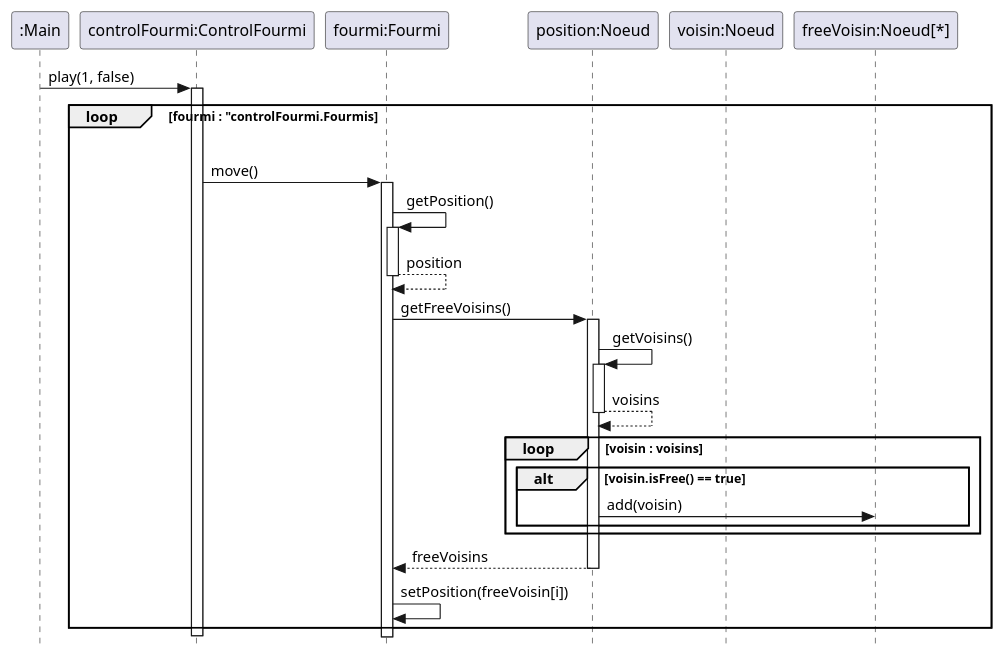
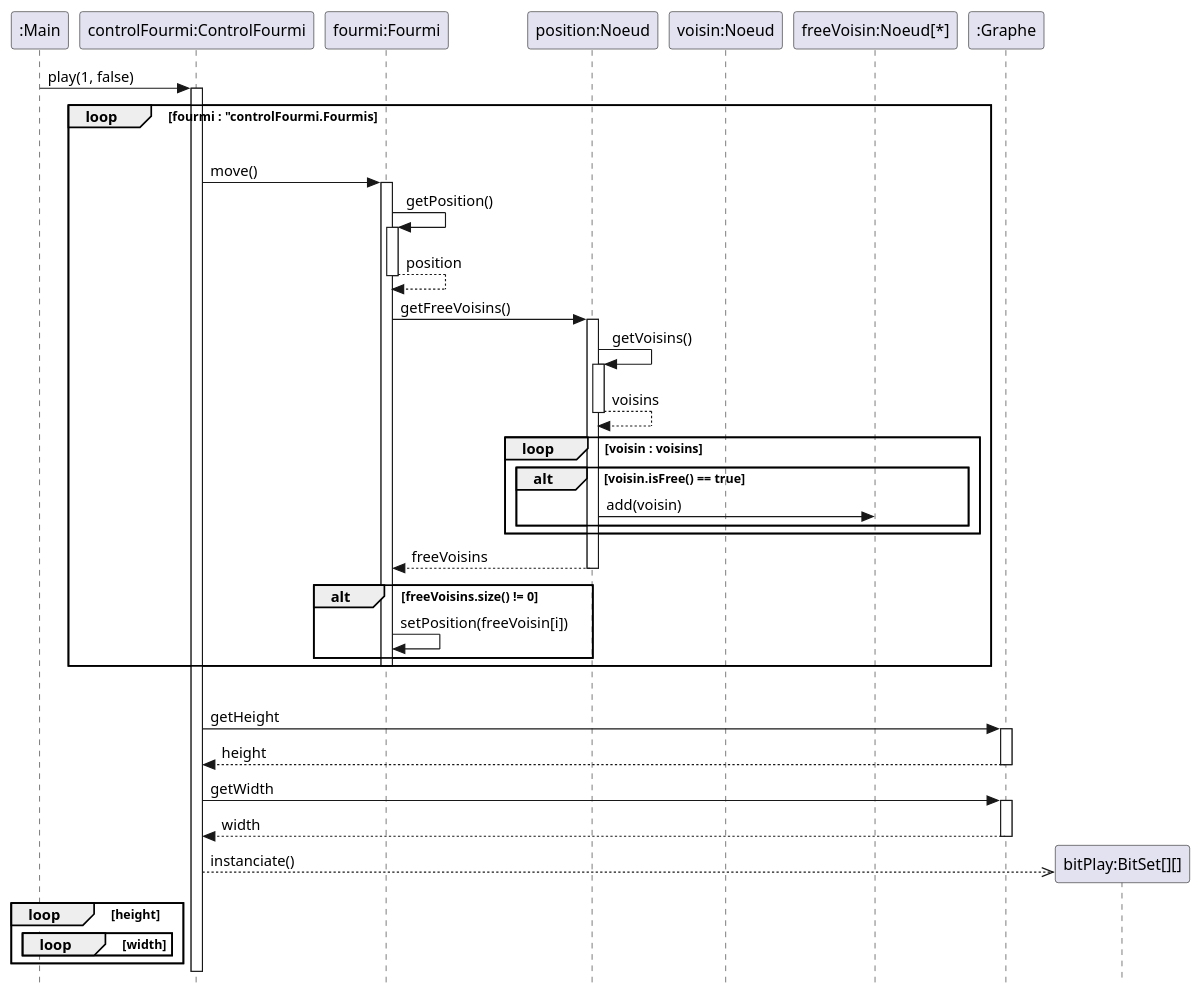
Before and after one commit to ErenMustafaGit/ColonieFourmis: the diagram in src/main/uml/Fourmis_DS.puml, drawn with PlantUML. The commit also changed 3 other files, not shown here.

Commit message:
Changement mineur et diagramme de séquence

```diff
--- a/src/main/uml/Fourmis_DS.puml
+++ b/src/main/uml/Fourmis_DS.puml
@@ -1,40 +1,57 @@
 @startuml
 'https://plantuml.com/sequence-diagram
 skinparam style strictuml
 'autonumber
 hide footbox
 
 'title Méthode jouer()
 participant ":Main" as main
 participant "controlFourmi:ControlFourmi" as controlFourmi
 participant "fourmi:Fourmi" as fourmi
-'participant ":Graphe" as graphe
 participant "position:Noeud" as position
 participant "voisin:Noeud" as voisin
 participant "freeVoisin:Noeud[*]" as freeVoisins
+participant ":Graphe" as graphe
+participant "bitPlay:BitSet[][]" as bitPlay
 
 main -> controlFourmi ++ : play(1, false)
     loop fourmi : "controlFourmi.Fourmis
     |||
         controlFourmi -> fourmi ++ : move()
         fourmi -> fourmi  ++ : getPosition()
         return position
 
         fourmi -> position ++ : getFreeVoisins()
             position -> position ++ : getVoisins()
             return voisins
             loop voisin : voisins
                 alt voisin.isFree() == true
                     position -> freeVoisins : add(voisin)
                 end
             end
         return freeVoisins
-        fourmi -> fourmi : setPosition(freeVoisin[i])
 
+        alt freeVoisins.size() != 0
+            fourmi -> fourmi : setPosition(freeVoisin[i])
+        end
+        deactivate fourmi
     end
+|||
+    controlFourmi -> graphe ++ : getHeight
+    return height
+    controlFourmi -> graphe ++ : getWidth
+    return width
+
+    create bitPlay
+    controlFourmi -->> bitPlay : instanciate()
+        loop height
+            loop width
+
+            end
+        end
 
 deactivate controlFourmi
 
 
 
 @enduml
```
